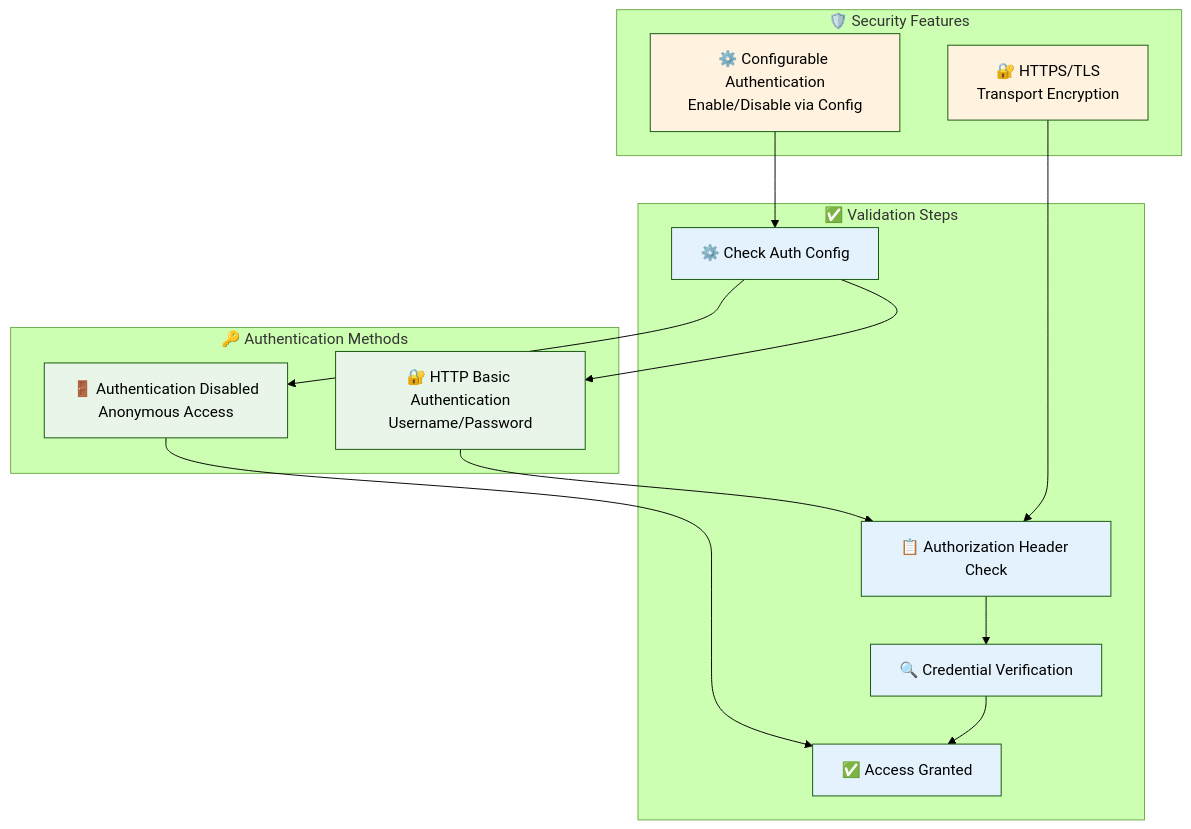
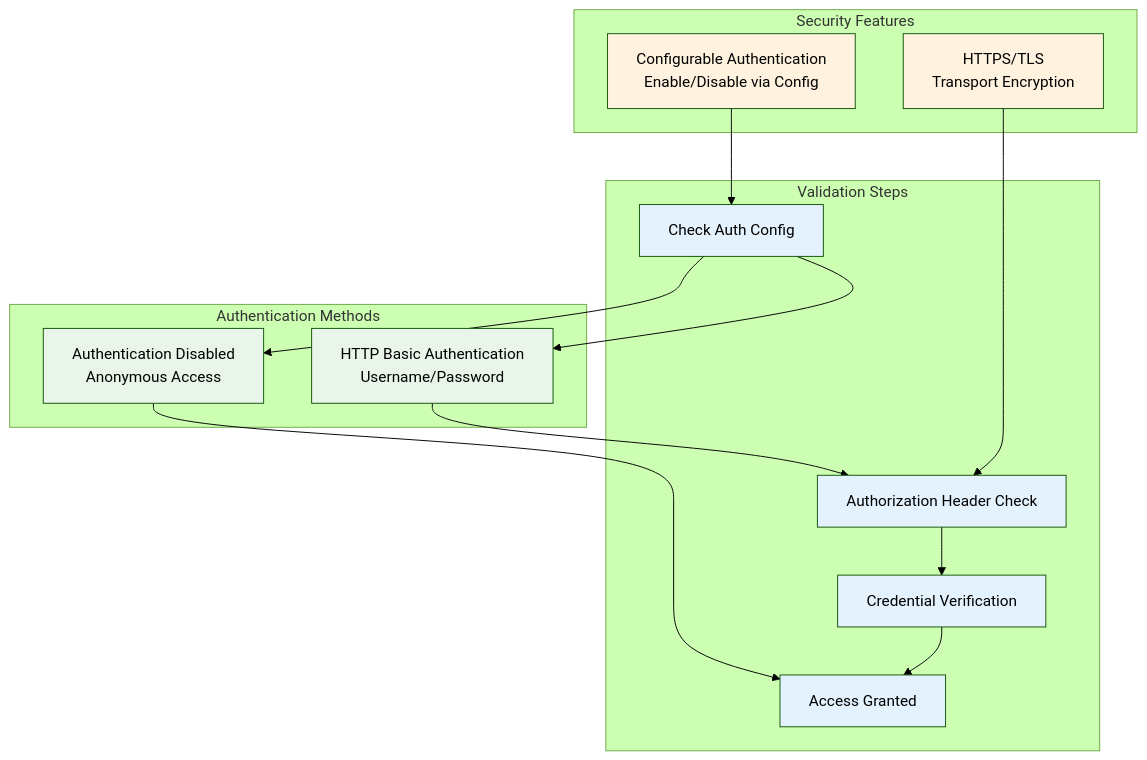
One commit to the-ingenious-dark-knight/Insight_Ingenious changed the sixth of 6 diagrams in docs/api/README.md. Above: the diagram before and after it, drawn with Mermaid (forest theme). The commit also changed other lines of this file and 4 other files, not shown here.

````diff
--- a/docs/api/README.md
+++ b/docs/api/README.md
@@ -244,38 +244,38 @@
 ```mermaid
 graph TB
-    subgraph "🔑 Authentication Methods"
-        BASIC_AUTH[🔐 HTTP Basic Authentication\nUsername/Password]
-        NO_AUTH[🚪 Authentication Disabled\nAnonymous Access]
+    subgraph "Authentication Methods"
+        BASIC_AUTH[HTTP Basic Authentication\nUsername/Password]
+        NO_AUTH[Authentication Disabled\nAnonymous Access]
     end
 
-    subgraph "🛡️ Security Features"
-        HTTPS_TLS[🔐 HTTPS/TLS\nTransport Encryption]
-        CONFIG_AUTH[⚙️ Configurable Authentication\nEnable/Disable via Config]
+    subgraph "Security Features"
+        HTTPS_TLS[HTTPS/TLS\nTransport Encryption]
+        CONFIG_AUTH[Configurable Authentication\nEnable/Disable via Config]
     end
 
-    subgraph "✅ Validation Steps"
-        HEADER_CHECK[📋 Authorization Header Check]
-        CREDENTIALS_VERIFY[🔍 Credential Verification]
-        CONFIG_CHECK[⚙️ Check Auth Config]
-        ACCESS_GRANTED[✅ Access Granted]
+    subgraph "Validation Steps"
+        HEADER_CHECK[Authorization Header Check]
+        CREDENTIALS_VERIFY[Credential Verification]
+        CONFIG_CHECK[Check Auth Config]
+        ACCESS_GRANTED[Access Granted]
     end
 
     BASIC_AUTH --> HEADER_CHECK
     NO_AUTH --> ACCESS_GRANTED
     CONFIG_CHECK --> BASIC_AUTH
     CONFIG_CHECK --> NO_AUTH
 
     HEADER_CHECK --> CREDENTIALS_VERIFY
     CREDENTIALS_VERIFY --> ACCESS_GRANTED
 
     HTTPS_TLS --> HEADER_CHECK
     CONFIG_AUTH --> CONFIG_CHECK
 
     classDef auth fill:#e8f5e8
     classDef security fill:#fff3e0
     classDef validation fill:#e3f2fd
 
     class BASIC_AUTH,NO_AUTH auth
     class HTTPS_TLS,CONFIG_AUTH security
     class HEADER_CHECK,CREDENTIALS_VERIFY,CONFIG_CHECK,ACCESS_GRANTED validation
 ```
````
